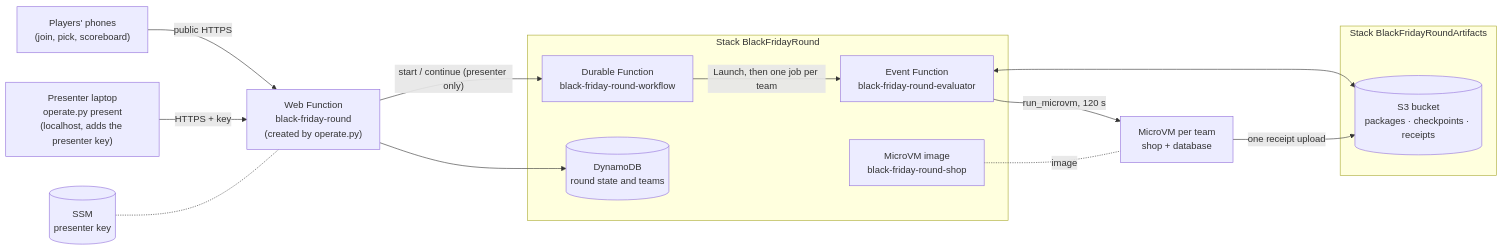
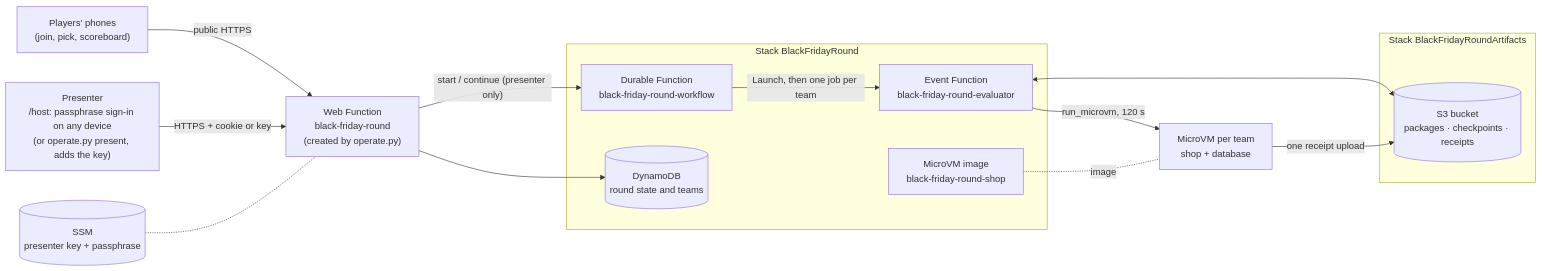
The second of 5 diagrams in docs/architecture.md (grumpydevorg/blackfriday), drawn with Mermaid before and after one commit. The commit also changed other lines of this file and 10 other files, not shown here.

First line of the commit message:
feat(round): presenter passphrase sign-in on /host, beside the presenter key

````diff
--- a/docs/architecture.md
+++ b/docs/architecture.md
@@ -58,23 +58,23 @@
 ```mermaid
 flowchart LR
   Ph["Players' phones<br/>(join, pick, scoreboard)"] -->|"public HTTPS"| W
-  P["Presenter laptop<br/>operate.py present<br/>(localhost, adds the presenter key)"] -->|"HTTPS + key"| W
+  P["Presenter<br/>/host: passphrase sign-in on any device<br/>(or operate.py present, adds the key)"] -->|"HTTPS + cookie or key"| W
   W["Web Function<br/>black-friday-round<br/>(created by operate.py)"]
-  K[("SSM<br/>presenter key")] -.- W
+  K[("SSM<br/>presenter key + passphrase")] -.- W
   subgraph R["Stack BlackFridayRound"]
     D["Durable Function<br/>black-friday-round-workflow"]
     E["Event Function<br/>black-friday-round-evaluator"]
     M["MicroVM image<br/>black-friday-round-shop"]
     T[("DynamoDB<br/>round state and teams")]
   end
   subgraph A["Stack BlackFridayRoundArtifacts"]
     S3[("S3 bucket<br/>packages · checkpoints · receipts")]
   end
   W --> T
   W -->|"start / continue (presenter only)"| D
   D -->|"Launch, then one job per team"| E
   E -->|"run_microvm, 120 s"| V["MicroVM per team<br/>shop + database"]
   M -.image.- V
   E <--> S3
   V -->|"one receipt upload"| S3
 ```
````
